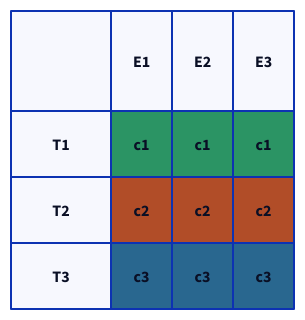
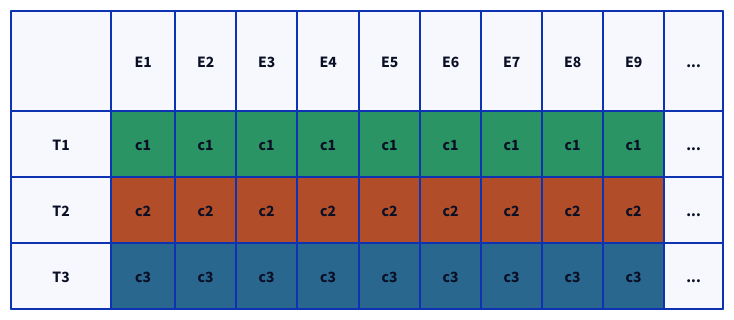
One commit to blackbone/blackbone.github.io changed the diagram in posts/ecs/1/1.d2. Above: the diagram before and after it, drawn with D2. The commit also changed 24 other files, not shown here.

```diff
--- a/posts/ecs/1/1.d2
+++ b/posts/ecs/1/1.d2
@@ -1,39 +1,67 @@
 classes: {
   none: { style.opacity: 0}
   arrow: {
       style.stroke: "#ffffff"
   }
   s1: { style.fill: "#2b9464" }
   s2: { style.fill: "#b14d28" }
   s3: { style.fill: "#29678f" }
   s4: { style.fill: "#a9678f" }
   s5: { style.fill: "#49672f" }
   s6: { style.fill: "#79278f" }
   s7: { style.fill: "#99272f" }
   s8: { style.fill: "#29678f" }
   s9: { style.fill: "#696969" }
 }
 
 grid-rows: 4
-grid-columns: 4
+grid-columns: 11
 grid-gap: 0
 
-1-1: ""
-1-2: E1
+1-1: ''
+1-2: Е1
 1-3: E2
 1-4: E3
+1-5: E4
+1-6: E5
+1-7: E6
+1-8: E7
+1-9: E8
+1-10: E9
+1-11: '...'
 
 2-1: T1
 2-2: c1 {class: s1}
 2-3: c1 {class: s1}
 2-4: c1 {class: s1}
+2-5: c1 {class: s1}
+2-6: c1 {class: s1}
+2-7: c1 {class: s1}
+2-8: c1 {class: s1}
+2-9: c1 {class: s1}
+2-10: c1 {class: s1}
+2-11: '...'
 
 3-1: T2
 3-2: c2 {class: s2}
 3-3: c2 {class: s2}
 3-4: c2 {class: s2}
+3-5: c2 {class: s2}
+3-6: c2 {class: s2}
+3-7: c2 {class: s2}
+3-8: c2 {class: s2}
+3-9: c2 {class: s2}
+3-10: c2 {class: s2}
+3-11: '...'
 
 4-1: T3
 4-2: c3 {class: s3}
 4-3: c3 {class: s3}
 4-4: c3 {class: s3}
+4-5: c3 {class: s3}
+4-6: c3 {class: s3}
+4-7: c3 {class: s3}
+4-8: c3 {class: s3}
+4-9: c3 {class: s3}
+4-10: c3 {class: s3}
+4-11: '...'
```
